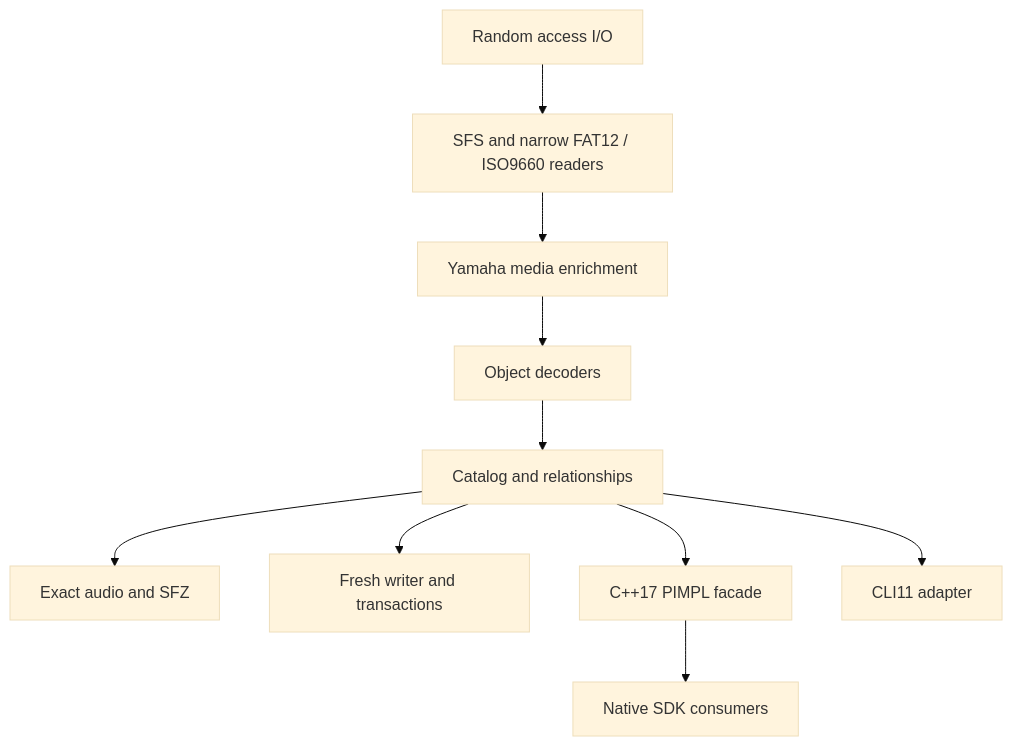
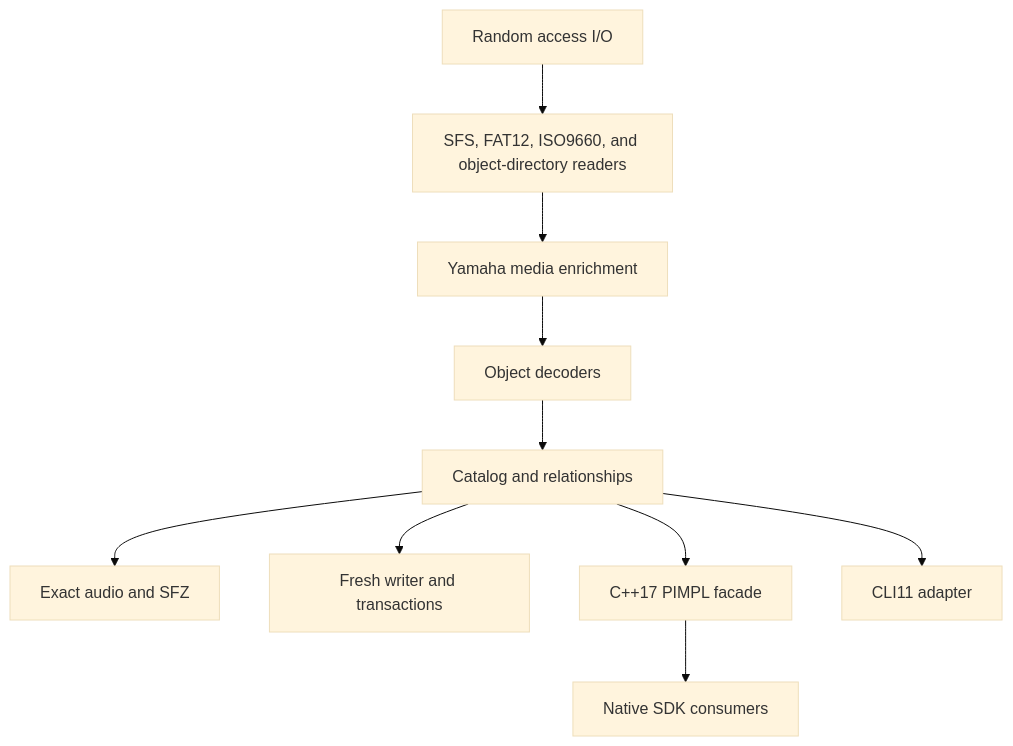
One commit to tphzz/axklib changed the diagram in docs/architecture.md. Above: the diagram before and after it, drawn with Mermaid (base theme). The commit also changed other lines of this file and 44 other files, not shown here.

Commit message:
object directory

````diff
--- a/docs/architecture.md
+++ b/docs/architecture.md
@@ -6,14 +6,14 @@
 ```mermaid
 flowchart TD
     accTitle: axklib architecture dependency flow
     accDescr: Random access input flows through media readers, Yamaha enrichment, object decoders, and the catalog. The catalog provides audio export, writing, the shared SDK facade, and the CLI adapter. Native consumers use the SDK.
-    IO[Random access I/O] --> Media[SFS and narrow FAT12 / ISO9660 readers]
+    IO[Random access I/O] --> Media[SFS, FAT12, ISO9660, and object-directory readers]
     Media --> Yamaha[Yamaha media enrichment]
     Yamaha --> Objects[Object decoders]
     Objects --> Catalog[Catalog and relationships]
     Catalog --> Audio[Exact audio and SFZ]
     Catalog --> Writer[Fresh writer and transactions]
     Catalog --> SDK[C++17 PIMPL facade]
     Catalog --> CLI[CLI11 adapter]
     SDK --> Host[Native SDK consumers]
 ```
````
